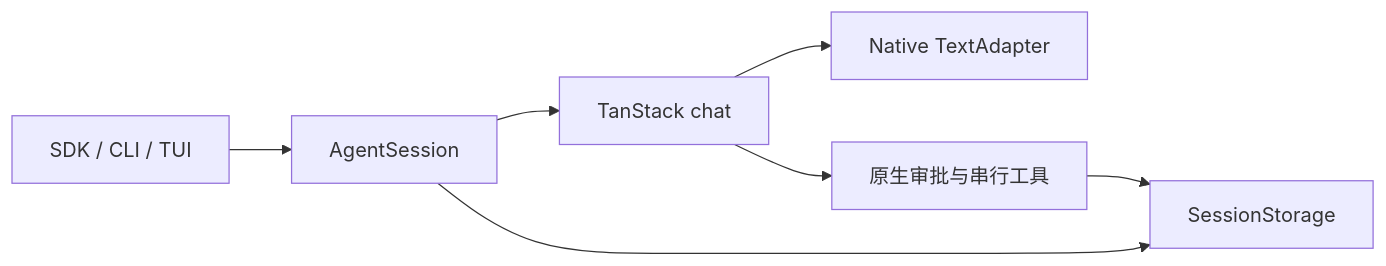
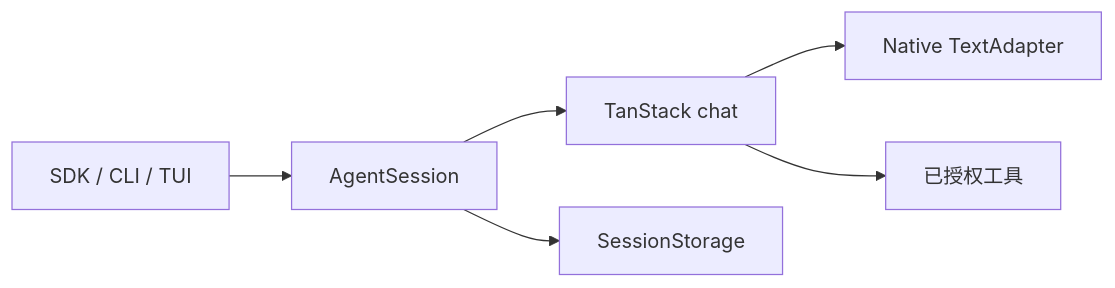
The diagram in README.zh-CN.md (L-1ngg/forge-agent), drawn with Mermaid before and after one commit. The commit also changed other lines of this file and 6 other files, not shown here.

````diff
--- a/README.zh-CN.md
+++ b/README.zh-CN.md
@@ -239,9 +107,8 @@
 ```mermaid
 flowchart LR
   H[SDK / CLI / TUI] --> S[AgentSession]
   S --> C[TanStack chat]
   C --> A[Native TextAdapter]
-  C --> T[原生审批与串行工具]
+  C --> T[已授权工具]
   S --> D[SessionStorage]
-  T --> D
 ```
````
